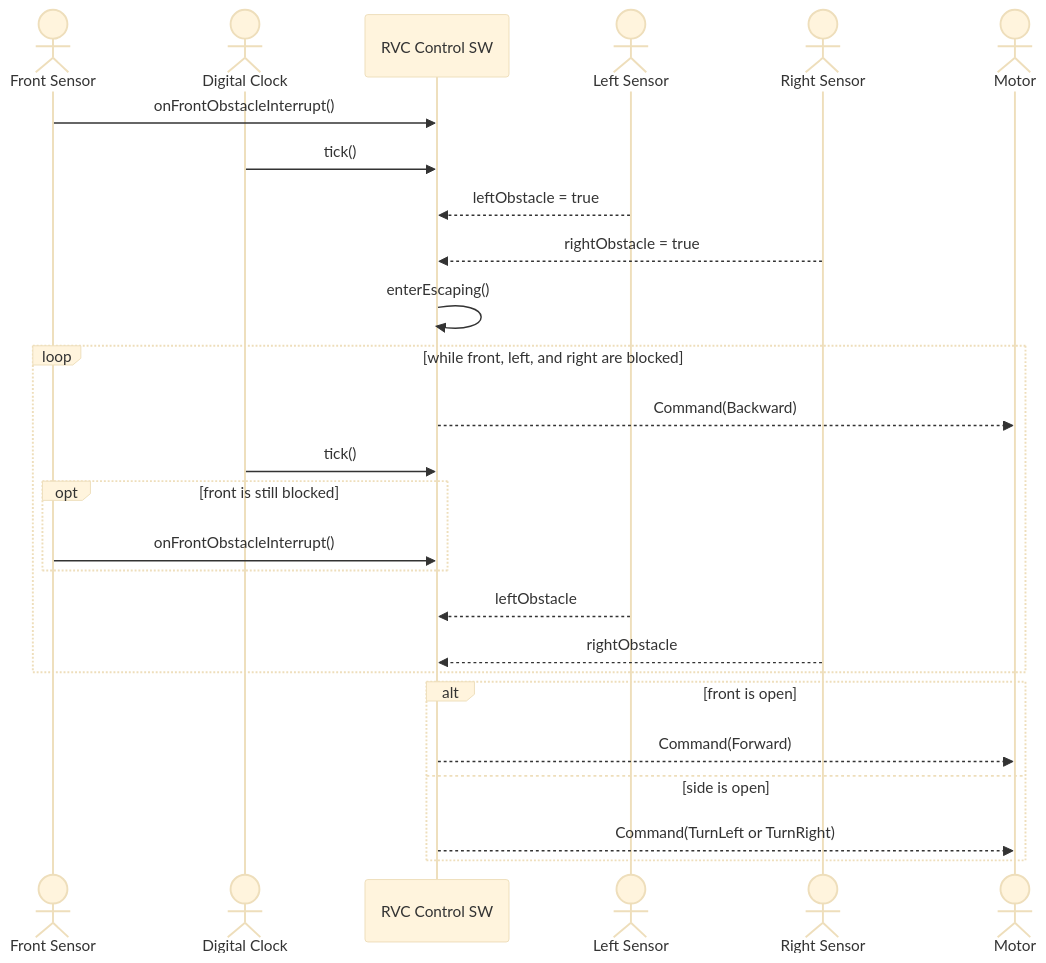
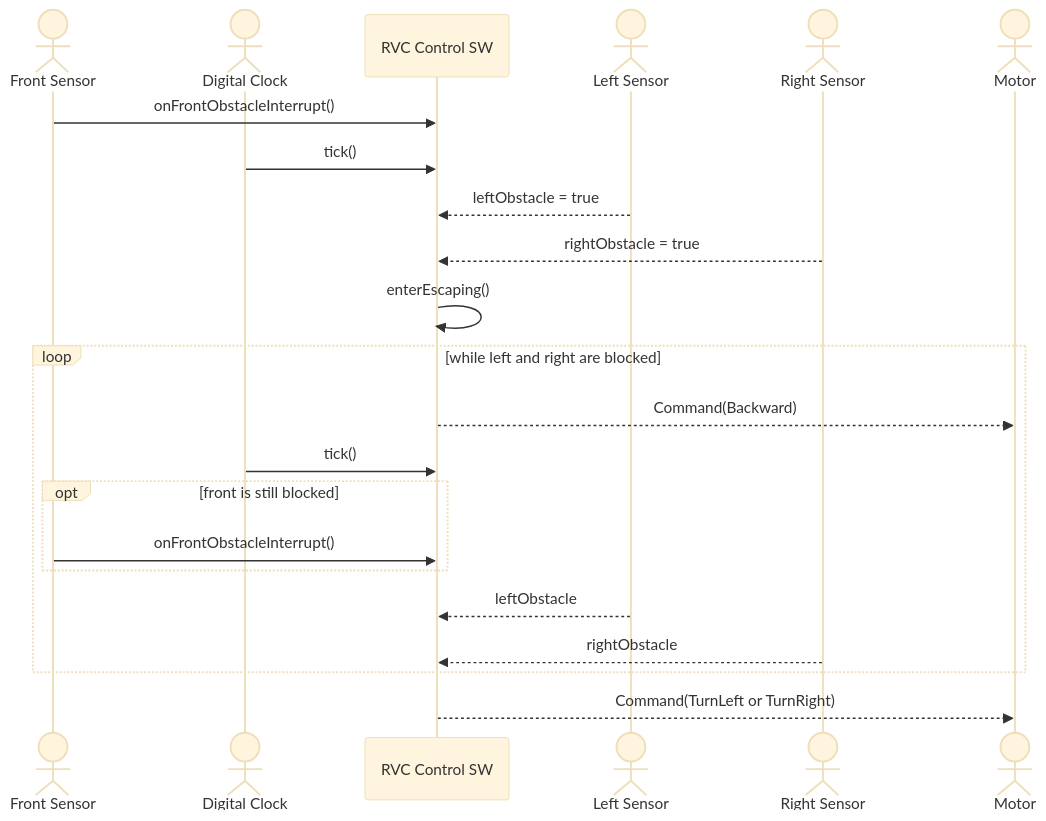
The fifth of 7 diagrams in docs/srs.md (reload02/ooad-vibe), drawn with Mermaid (base theme) before and after one commit. The commit also changed other lines of this file and 7 other files, not shown here.

````diff
--- a/docs/srs.md
+++ b/docs/srs.md
@@ -419,29 +419,25 @@
 ```mermaid
 sequenceDiagram
     actor FrontSensor as Front Sensor
     actor Clock as Digital Clock
     participant System as RVC Control SW
     actor LeftSensor as Left Sensor
     actor RightSensor as Right Sensor
     actor Motor
 
     FrontSensor->>System: onFrontObstacleInterrupt()
     Clock->>System: tick()
     LeftSensor-->>System: leftObstacle = true
     RightSensor-->>System: rightObstacle = true
     System->>System: enterEscaping()
-    loop while front, left, and right are blocked
+    loop while left and right are blocked
         System-->>Motor: Command(Backward)
         Clock->>System: tick()
         opt front is still blocked
             FrontSensor->>System: onFrontObstacleInterrupt()
         end
         LeftSensor-->>System: leftObstacle
         RightSensor-->>System: rightObstacle
     end
-    alt front is open
-        System-->>Motor: Command(Forward)
-    else side is open
-        System-->>Motor: Command(TurnLeft or TurnRight)
-    end
+    System-->>Motor: Command(TurnLeft or TurnRight)
 ```
````
